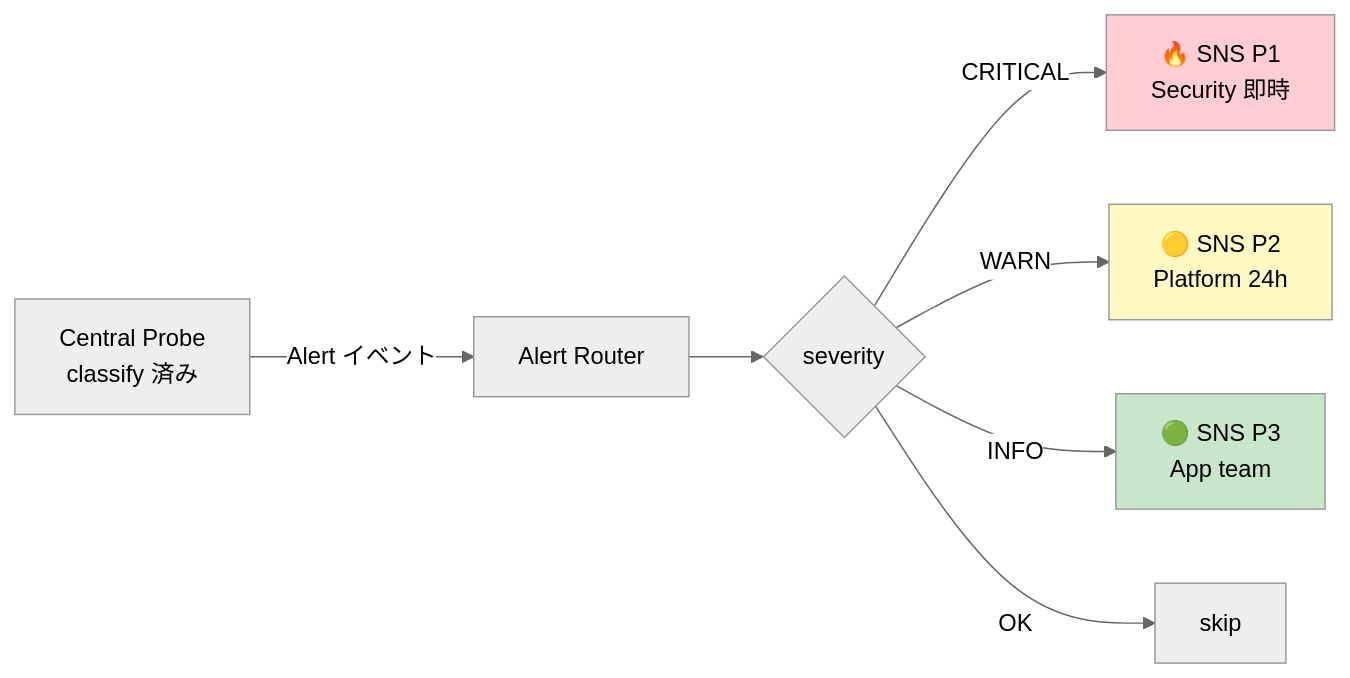
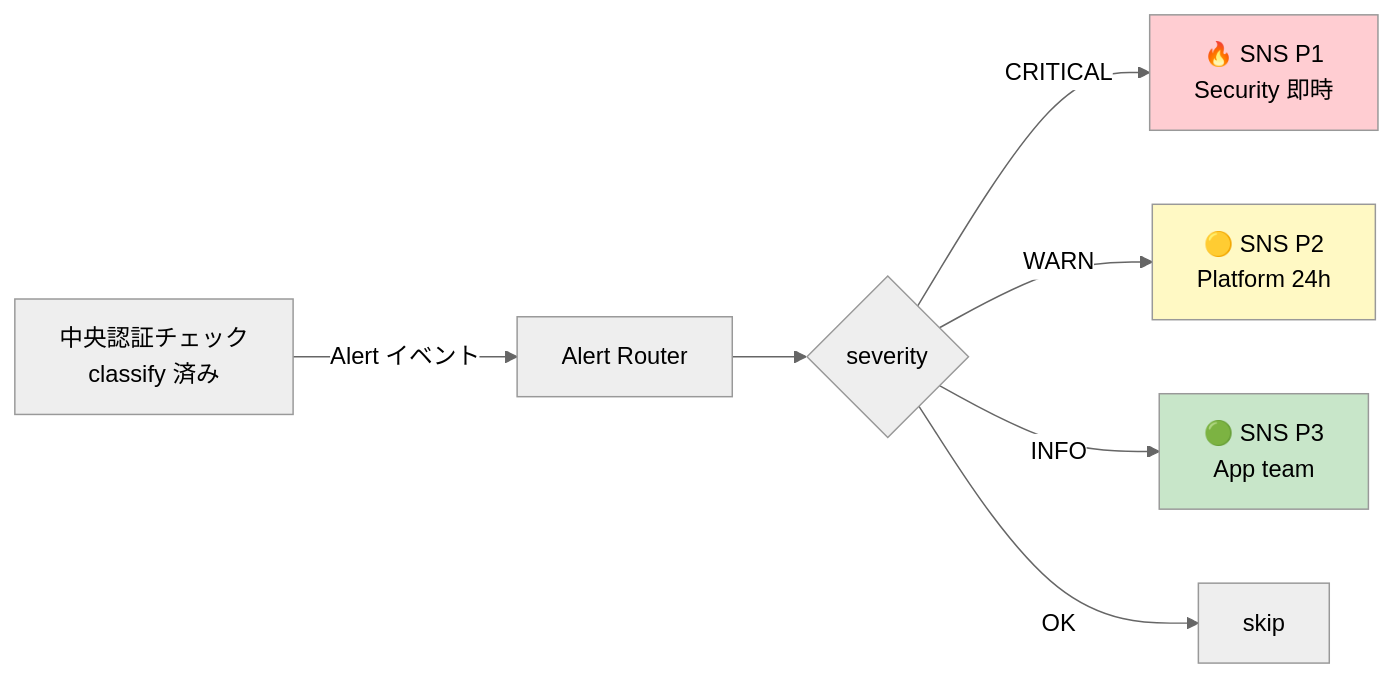
One commit to suepie/aws-atuh-poc changed the first of 2 diagrams in doc/api-platform/basic-design/15-alert-routing-design.md. Above: the diagram before and after it, drawn with Mermaid (neutral theme). The commit also changed other lines of this file and 29 other files, not shown here.

````diff
--- a/doc/api-platform/basic-design/15-alert-routing-design.md
+++ b/doc/api-platform/basic-design/15-alert-routing-design.md
@@ -26,12 +26,12 @@
 ```mermaid
 flowchart LR
-    CC[Central Probe<br/>classify 済み] -->|Alert イベント| AR[Alert Router]
+    CC[中央認証チェック<br/>classify 済み] -->|Alert イベント| AR[Alert Router]
     AR --> D{severity}
     D -->|CRITICAL| P1[🔥 SNS P1<br/>Security 即時]
     D -->|WARN| P2[🟡 SNS P2<br/>Platform 24h]
     D -->|INFO| P3[🟢 SNS P3<br/>App team]
     D -->|OK| SKIP[skip]
     style P1 fill:#ffcdd2
     style P2 fill:#fff9c4
     style P3 fill:#c8e6c9
 ```
````
